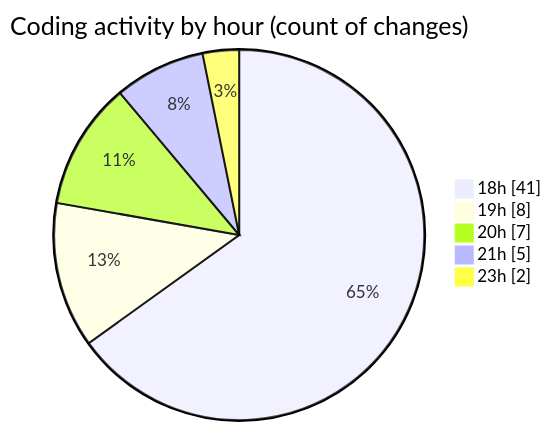
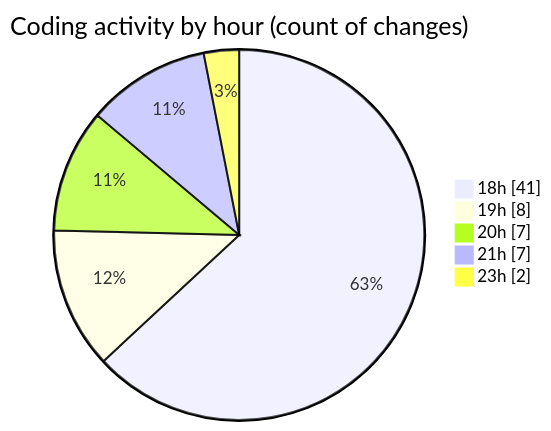
One commit to Ritupan-Deka/code-tracking changed the second of 2 diagrams in 2025-11-01/backend/README.md. Above: the diagram before and after it, drawn with Mermaid. The commit also changed other lines of this file and 1 other file, not shown here.

````diff
--- a/2025-11-01/backend/README.md
+++ b/2025-11-01/backend/README.md
@@ -46,9 +46,9 @@
 ```mermaid
 pie showData
 title Coding activity by hour (count of changes)
 "18h" : 41
 "19h" : 8
 "20h" : 7
-"21h" : 5
+"21h" : 7
 "23h" : 2
 ```
````
